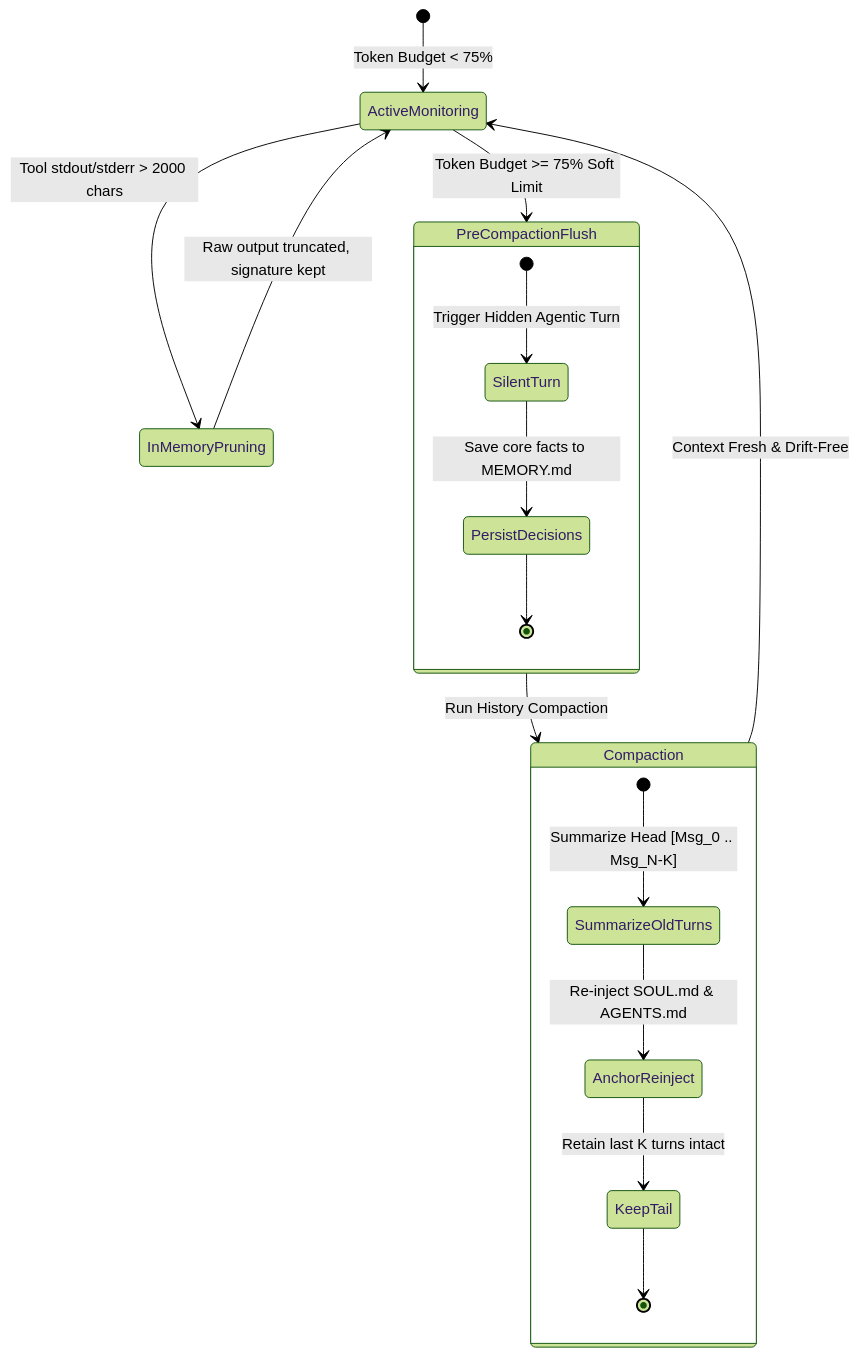
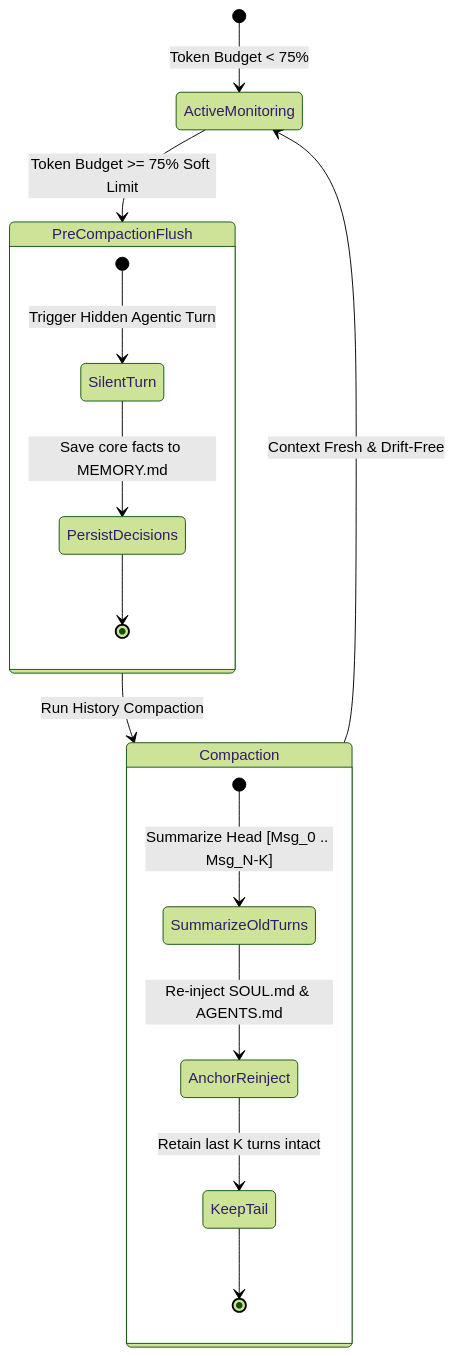
Before and after one commit to khanhbkqt/agyent: the second of 3 diagrams in docs/context-management-architecture.md, drawn with Mermaid (forest theme). The commit also changed other lines of this file and 8 other files, not shown here.

````diff
--- a/docs/context-management-architecture.md
+++ b/docs/context-management-architecture.md
@@ -80,23 +79,21 @@
 ```mermaid
 stateDiagram-v2
     [*] --> ActiveMonitoring: Token Budget < 75%
-    ActiveMonitoring --> InMemoryPruning: Tool stdout/stderr > 2000 chars
-    InMemoryPruning --> ActiveMonitoring: Raw output truncated, signature kept
     
     ActiveMonitoring --> PreCompactionFlush: Token Budget >= 75% Soft Limit
     state PreCompactionFlush {
         [*] --> SilentTurn: Trigger Hidden Agentic Turn
         SilentTurn --> PersistDecisions: Save core facts to MEMORY.md
         PersistDecisions --> [*]
     }
     
     PreCompactionFlush --> Compaction: Run History Compaction
     state Compaction {
         [*] --> SummarizeOldTurns: Summarize Head [Msg_0 .. Msg_N-K]
         SummarizeOldTurns --> AnchorReinject: Re-inject SOUL.md & AGENTS.md
         AnchorReinject --> KeepTail: Retain last K turns intact
         KeepTail --> [*]
     }
     
     Compaction --> ActiveMonitoring: Context Fresh & Drift-Free
 ```
````
